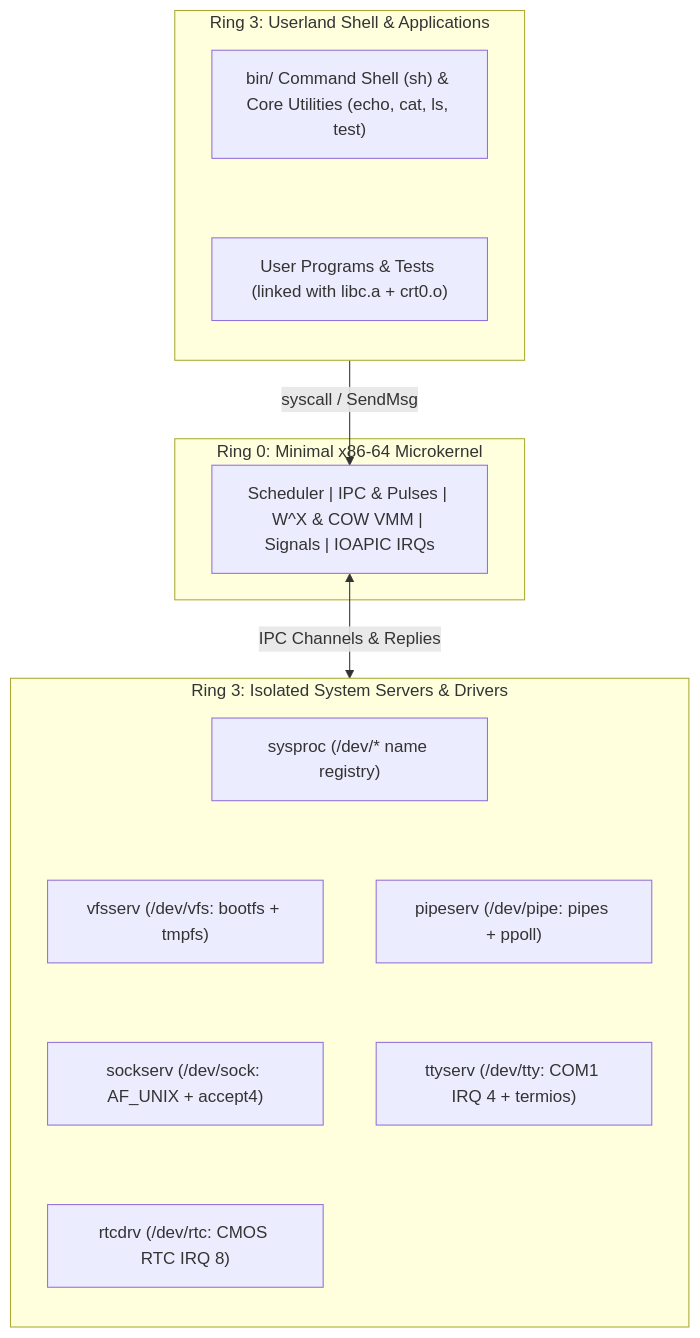
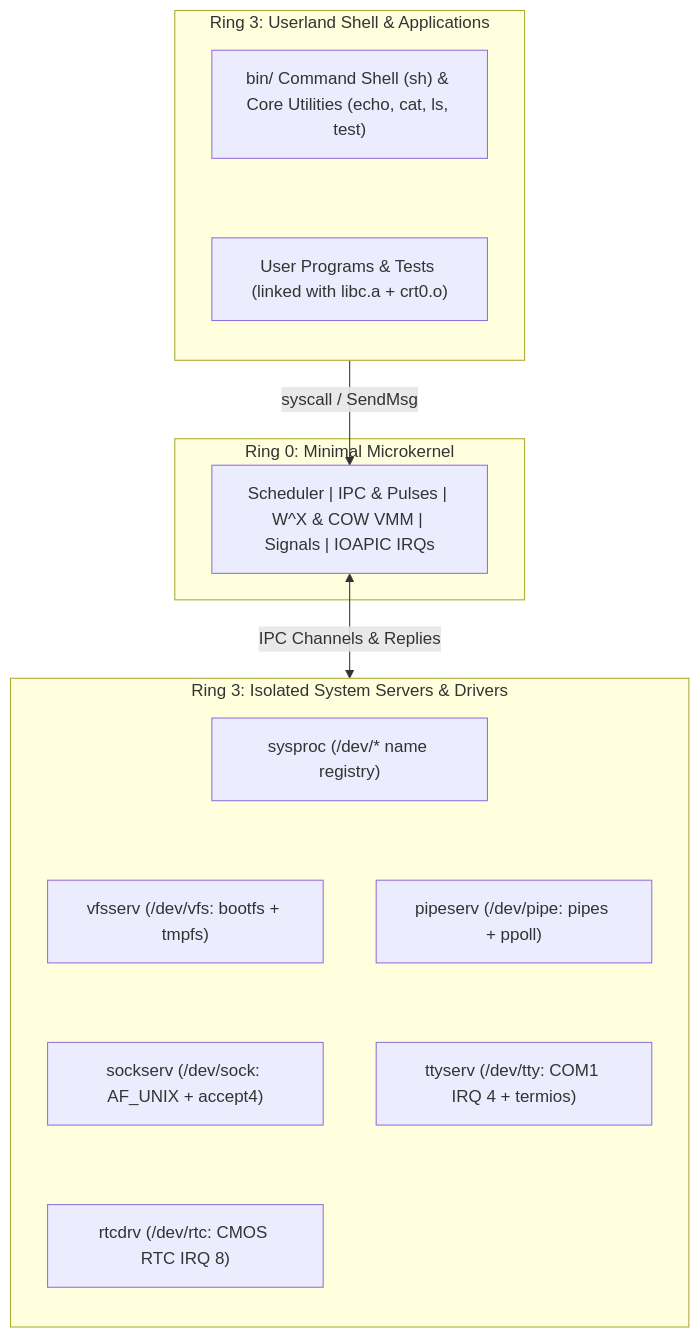
One commit to Deniz-Eren/microkernel changed the second of 2 diagrams in README.md. Above: the diagram before and after it, drawn with Mermaid. The commit also changed other lines of this file and 52 other files, not shown here.

````diff
--- a/README.md
+++ b/README.md
@@ -204,31 +209,31 @@
 ```mermaid
 flowchart TD
     subgraph R3_APP["Ring 3: Userland Shell & Applications"]
         direction TB
         SH["bin/ Command Shell (sh) & Core Utilities (echo, cat, ls, test)"]
         APP["User Programs & Tests (linked with libc.a + crt0.o)"]
         SH ~~~ APP
     end
 
     subgraph R3_SRV["Ring 3: Isolated System Servers & Drivers"]
         direction TB
         SYSPROC["sysproc (/dev/* name registry)"]
         VFS["vfsserv (/dev/vfs: bootfs + tmpfs)"]
         PIPE["pipeserv (/dev/pipe: pipes + ppoll)"]
         SOCK["sockserv (/dev/sock: AF_UNIX + accept4)"]
         TTY["ttyserv (/dev/tty: COM1 IRQ 4 + termios)"]
         RTC["rtcdrv (/dev/rtc: CMOS RTC IRQ 8)"]
         SYSPROC ~~~ VFS
         SYSPROC ~~~ PIPE
         VFS ~~~ SOCK
         PIPE ~~~ TTY
         SOCK ~~~ RTC
     end
 
-    subgraph R0["Ring 0: Minimal x86-64 Microkernel"]
+    subgraph R0["Ring 0: Minimal Microkernel"]
         K["Scheduler | IPC & Pulses | W^X & COW VMM | Signals | IOAPIC IRQs"]
     end
 
     R3_APP -->|"syscall / SendMsg"| K
     K <-->|"IPC Channels & Replies"| R3_SRV
 ```
````
